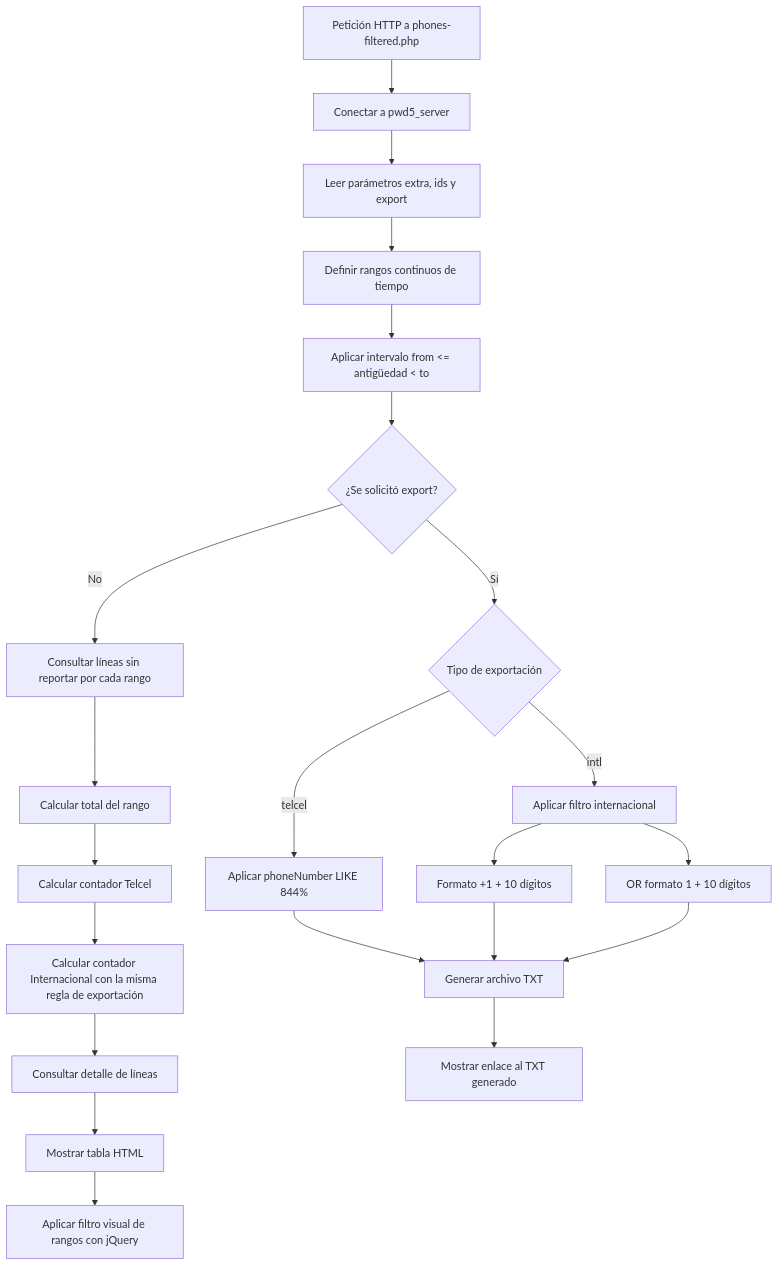
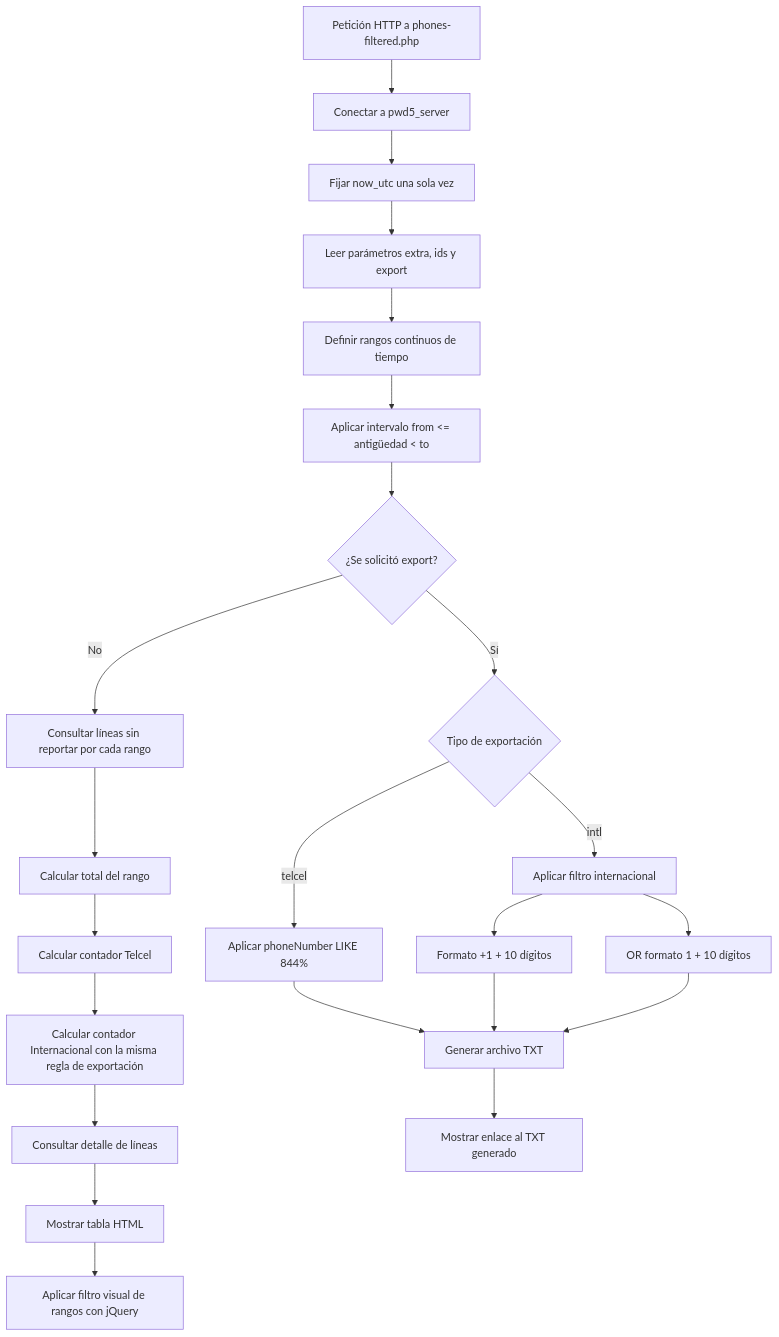
One commit to grupodeca/phones-filtered changed the diagram in DIAGRAM.md. Above: the diagram before and after it, drawn with Mermaid. The commit also changed other lines of this file and 5 other files, not shown here.

````diff
--- a/DIAGRAM.md
+++ b/DIAGRAM.md
@@ -3,30 +3,31 @@
 ```mermaid
 flowchart TD
 	A[Petición HTTP a phones-filtered.php] --> B[Conectar a pwd5_server]
-	B --> C[Leer parámetros extra, ids y export]
+	B --> B1[Fijar now_utc una sola vez]
+	B1 --> C[Leer parámetros extra, ids y export]
 	C --> D[Definir rangos continuos de tiempo]
 	D --> D1[Aplicar intervalo from <= antigüedad < to]
 	D1 --> E{¿Se solicitó export?}
 
 	E -- No --> J[Consultar líneas sin reportar por cada rango]
 	E -- Sí --> F{Tipo de exportación}
 
 	F -- telcel --> G[Aplicar phoneNumber LIKE 844%]
 	F -- intl --> H[Aplicar filtro internacional]
 
 	H --> H1[Formato +1 + 10 dígitos]
 	H --> H2[OR formato 1 + 10 dígitos]
 
 	G --> I[Generar archivo TXT]
 	H1 --> I
 	H2 --> I
 
 	J --> K[Calcular total del rango]
 	K --> L[Calcular contador Telcel]
 	L --> M[Calcular contador Internacional con la misma regla de exportación]
 	M --> N[Consultar detalle de líneas]
 	N --> O[Mostrar tabla HTML]
 
 	I --> P[Mostrar enlace al TXT generado]
 	O --> Q[Aplicar filtro visual de rangos con jQuery]
 ```
````
